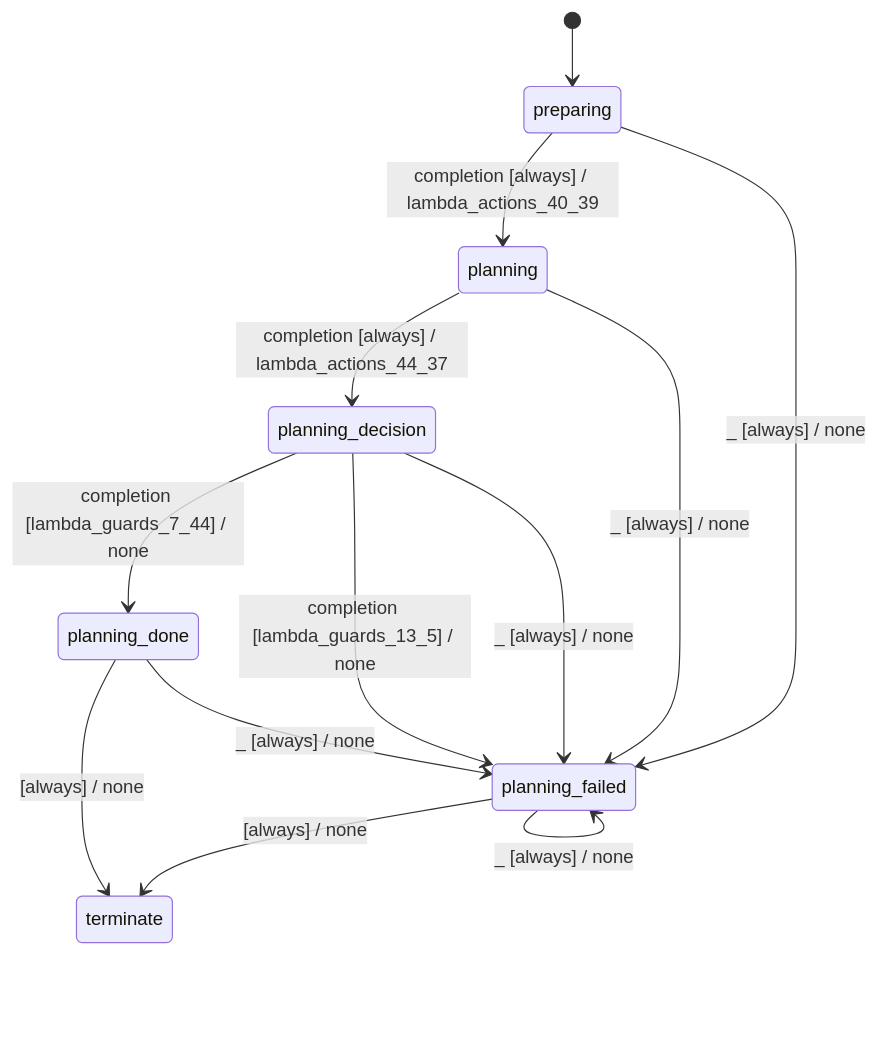
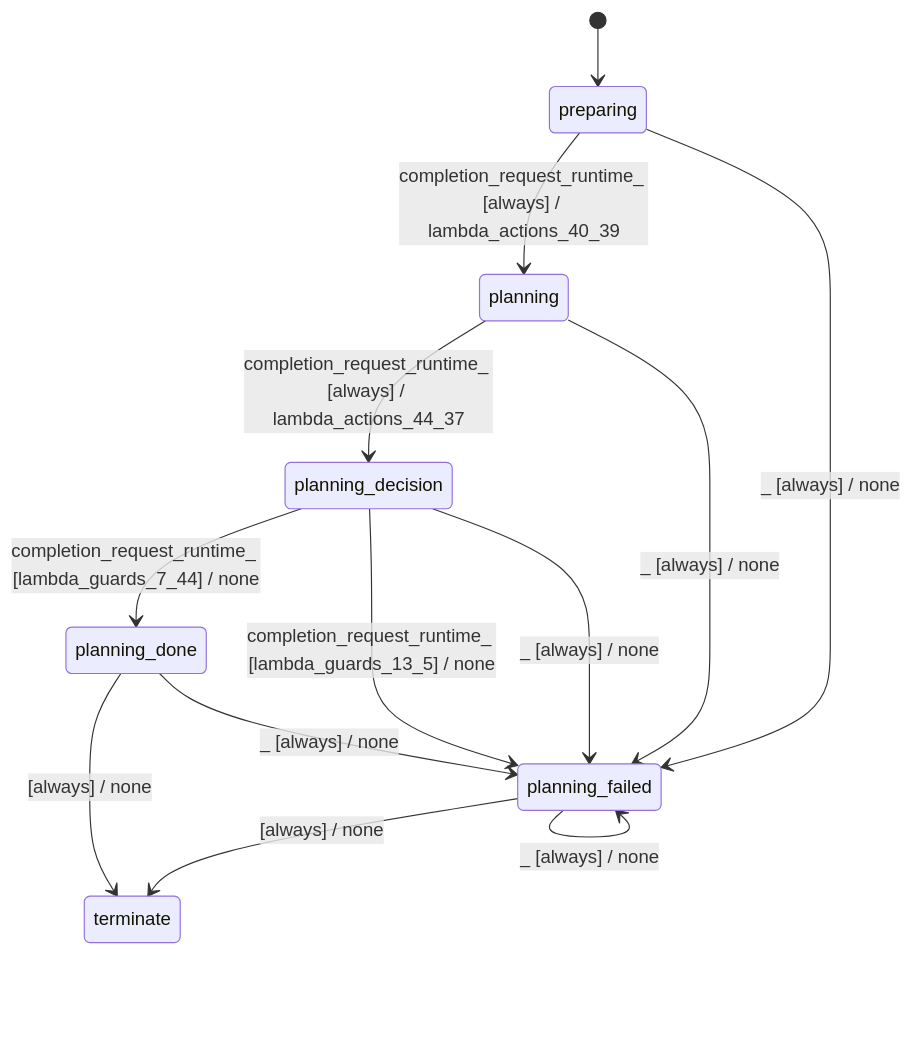
Before and after one commit to stateforward/emel.cpp: the diagram in docs/architecture/batch_planner_modes_simple.md, drawn with Mermaid. The commit also changed other lines of this file and 56 other files, not shown here.

Commit message:
docsgen: render typed completion events in generated diagrams

````diff
--- a/docs/architecture/batch_planner_modes_simple.md
+++ b/docs/architecture/batch_planner_modes_simple.md
@@ -7,16 +7,16 @@
 ```mermaid
 stateDiagram-v2
   direction TB
   [*] --> preparing
-  preparing --> planning : completion [always] / lambda_actions_40_39
-  planning --> planning_decision : completion [always] / lambda_actions_44_37
-  planning_decision --> planning_done : completion [lambda_guards_7_44] / none
-  planning_decision --> planning_failed : completion [lambda_guards_13_5] / none
+  preparing --> planning : completion_request_runtime_ [always] / lambda_actions_40_39
+  planning --> planning_decision : completion_request_runtime_ [always] / lambda_actions_44_37
+  planning_decision --> planning_done : completion_request_runtime_ [lambda_guards_7_44] / none
+  planning_decision --> planning_failed : completion_request_runtime_ [lambda_guards_13_5] / none
   planning_done --> terminate : [always] / none
   planning_failed --> terminate : [always] / none
   planning_done --> planning_failed : _ [always] / none
   planning_failed --> planning_failed : _ [always] / none
   preparing --> planning_failed : _ [always] / none
   planning --> planning_failed : _ [always] / none
   planning_decision --> planning_failed : _ [always] / none
 ```
````
